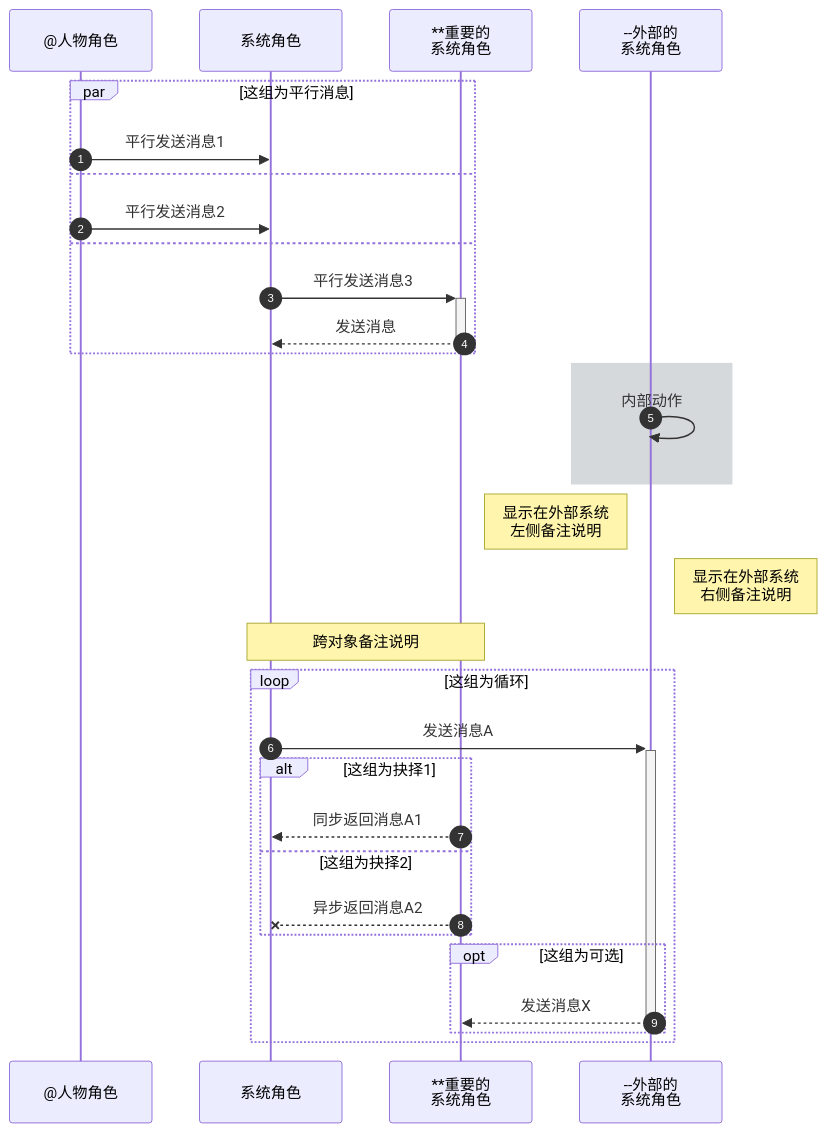
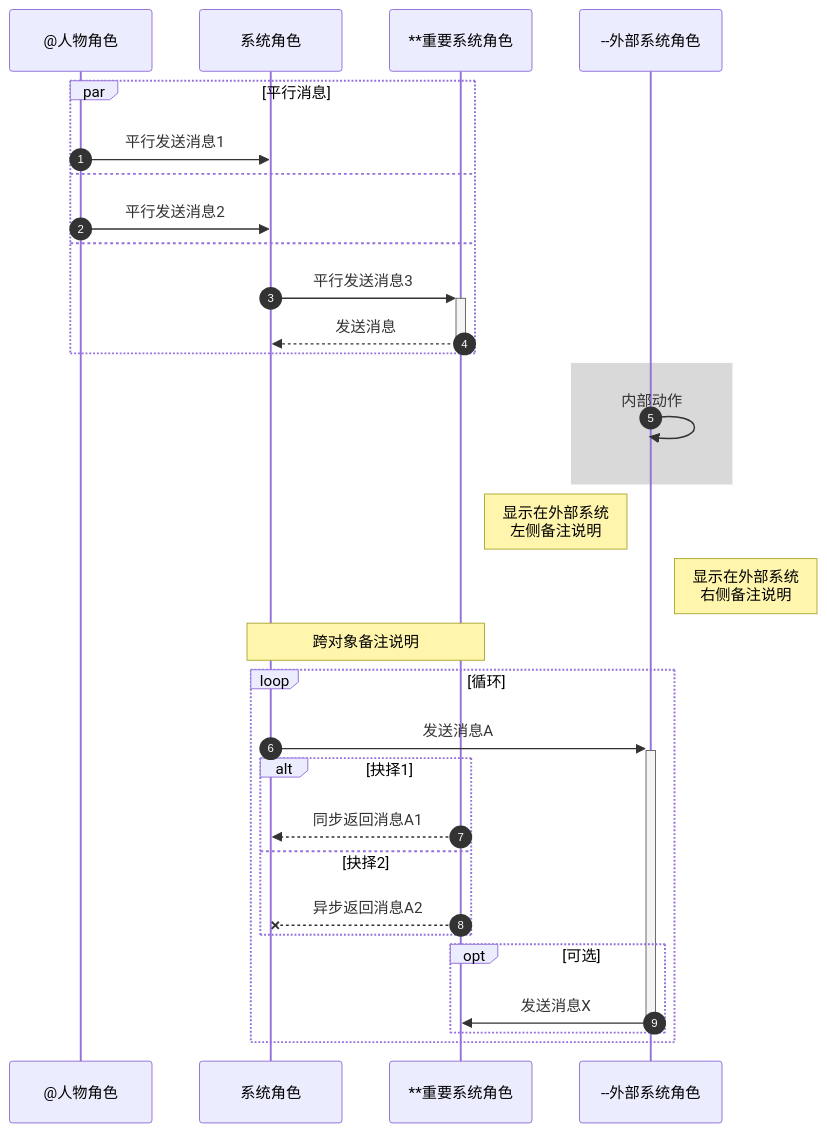
The fifth of 5 diagrams in released/demo/guide.md (MadMaxChow/VLOOK), drawn with Mermaid before and after one commit. The commit also changed other lines of this file and 69 other files, not shown here.

````diff
--- a/released/demo/guide.md
+++ b/released/demo/guide.md
@@ -2126,39 +2327,39 @@
 ```mermaid
 sequenceDiagram
 %% 设置显示消息的自动编号
 autonumber
 
 participant User as @人物角色
 participant Client as 系统角色
-participant Server as **重要的<br />系统角色
-participant Extend as --外部的<br />系统角色
+participant Server as **重要系统角色
+participant Extend as --外部系统角色
 
-par 这组为平行消息
+par 平行消息
 	User ->> Client: 平行发送消息1
 and
 	User ->> Client: 平行发送消息2
 and
   Client ->>+ Server: 平行发送消息3
   Server -->>- Client: 发送消息
 end
 
 %% 设置区域高亮
-rect rgba(120, 130, 140, 0.3)
+rect rgba(128, 128, 128, 0.3)
 	Extend ->> Extend: 内部动作
 end
 
-Note left of Extend: 显示在外部系统<br />左侧备注说明
-Note right of Extend: 显示在外部系统<br />右侧备注说明
+Note left of Extend: 显示在外部系统<br>左侧备注说明
+Note right of Extend: 显示在外部系统<br>右侧备注说明
 Note over Client,Server: 跨对象备注说明
-loop 这组为循环
+loop 循环
 	Client ->>+ Extend: 发送消息A
-	alt 这组为抉择1
+	alt 抉择1
 		Server -->> Client: 同步返回消息A1
-	else 这组为抉择2
+	else 抉择2
 		Server --X Client: 异步返回消息A2
 	end
-	opt 这组为可选
-		Extend -->>- Server: 发送消息X
+	opt 可选
+		Extend ->>- Server: 发送消息X
 	end
 end
 ```
````
